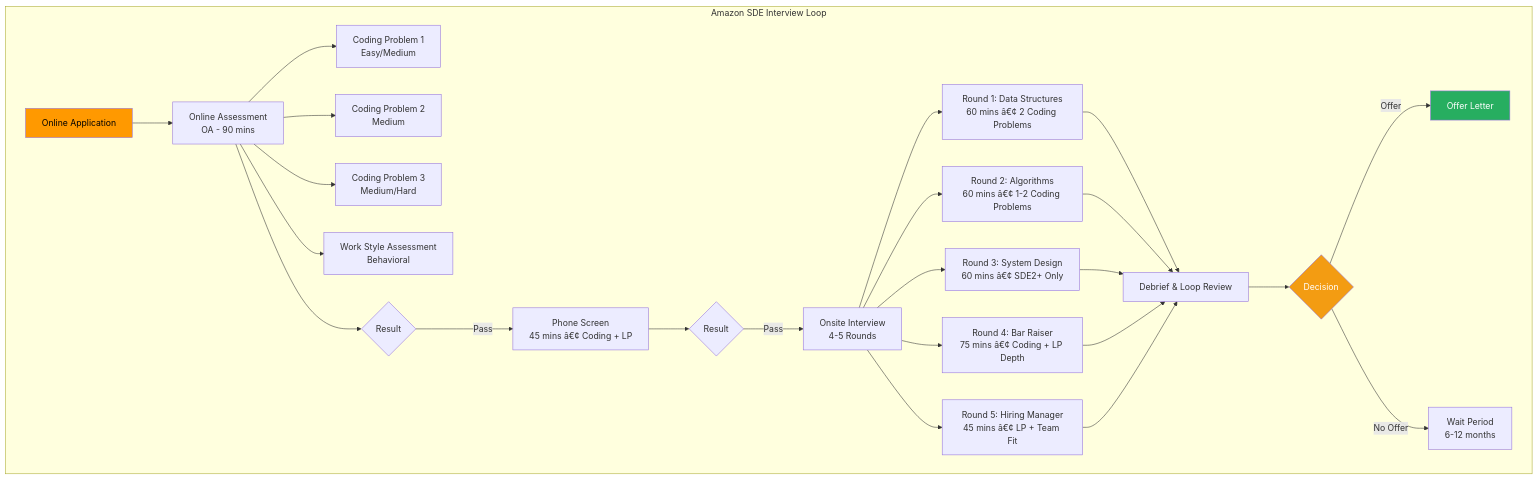
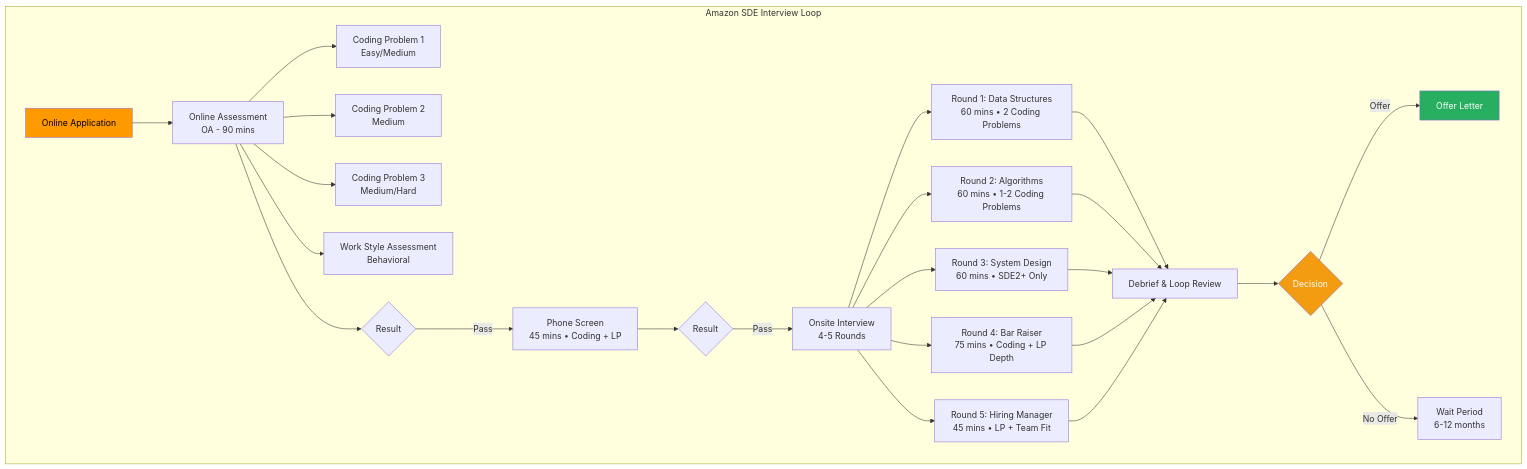
The first of 4 diagrams in docs/courses/interview-preparation/13-company-amazon-sde.md (Raushan666java/ai-engineering-journey), drawn with Mermaid before and after one commit. The commit also changed other lines of this file and 965 other files, not shown here.

````diff
--- a/docs/courses/interview-preparation/13-company-amazon-sde.md
+++ b/docs/courses/interview-preparation/13-company-amazon-sde.md
@@ -32,31 +32,31 @@
 ```mermaid
 flowchart TB
     subgraph "Amazon SDE Interview Loop"
         A[Online Application] --> B[Online Assessment<br/>OA - 90 mins]
         B --> B1[Coding Problem 1<br/>Easy/Medium]
         B --> B2[Coding Problem 2<br/>Medium]
         B --> B3[Coding Problem 3<br/>Medium/Hard]
         B --> B4[Work Style Assessment<br/>Behavioral]
         B --> C{Result}
-        C -->|Pass| D[Phone Screen<br/>45 mins â€¢ Coding + LP]
+        C -->|Pass| D[Phone Screen<br/>45 mins • Coding + LP]
         D --> E{Result}
         E -->|Pass| F[Onsite Interview<br/>4-5 Rounds]
-        F --> G[Round 1: Data Structures<br/>60 mins â€¢ 2 Coding Problems]
-        F --> H[Round 2: Algorithms<br/>60 mins â€¢ 1-2 Coding Problems]
-        F --> I[Round 3: System Design<br/>60 mins â€¢ SDE2+ Only]
-        F --> J[Round 4: Bar Raiser<br/>75 mins â€¢ Coding + LP Depth]
-        F --> K[Round 5: Hiring Manager<br/>45 mins â€¢ LP + Team Fit]
+        F --> G[Round 1: Data Structures<br/>60 mins • 2 Coding Problems]
+        F --> H[Round 2: Algorithms<br/>60 mins • 1-2 Coding Problems]
+        F --> I[Round 3: System Design<br/>60 mins • SDE2+ Only]
+        F --> J[Round 4: Bar Raiser<br/>75 mins • Coding + LP Depth]
+        F --> K[Round 5: Hiring Manager<br/>45 mins • LP + Team Fit]
         G --> L[Debrief & Loop Review]
         H --> L
         I --> L
         J --> L
         K --> L
         L --> M{Decision}
         M -->|Offer| N[Offer Letter]
         M -->|No Offer| O[Wait Period<br/>6-12 months]
     end
 
     style A fill:#ff9900,color:#000
     style N fill:#27ae60,color:#fff
     style M fill:#f39c12,color:#fff
 ```
````
